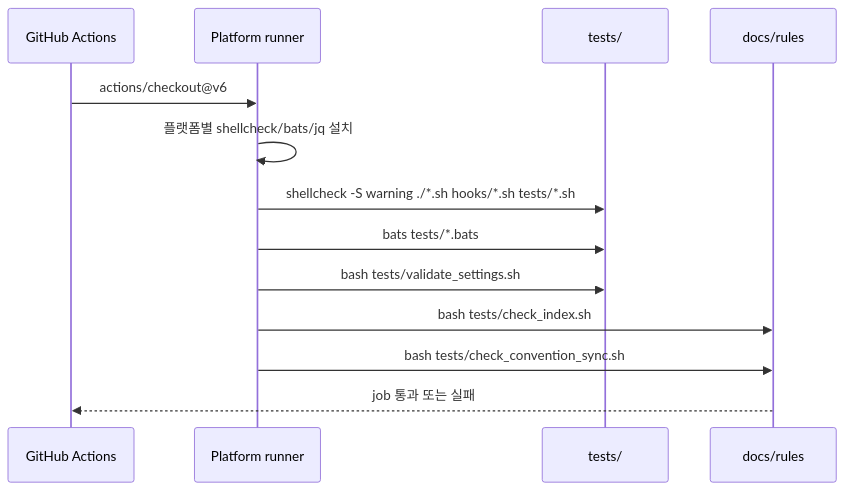
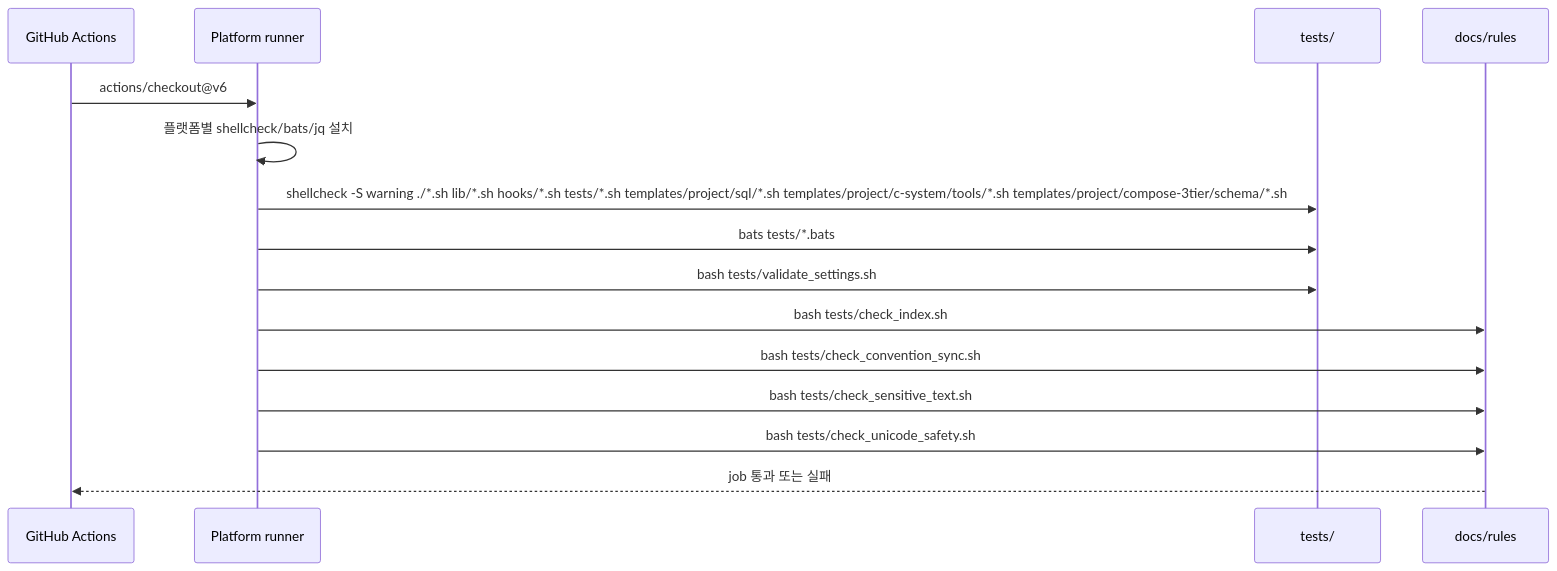
The third of 10 diagrams in docs/CI.md (jomarusoup/Arachne), drawn with Mermaid before and after one commit. The commit also changed other lines of this file and 69 other files, not shown here.

First line of the commit message:
docs: W6 문서·지시 파일 최신화와 구조 다이어그램 보강

````diff
--- a/docs/CI.md
+++ b/docs/CI.md
@@ -101,16 +103,18 @@
 ```mermaid
 sequenceDiagram
     participant G as GitHub Actions
     participant P as Platform runner
     participant T as tests/
     participant D as docs/rules
 
     G->>P: actions/checkout@v6
     P->>P: 플랫폼별 shellcheck/bats/jq 설치
-    P->>T: shellcheck -S warning ./*.sh hooks/*.sh tests/*.sh
+    P->>T: shellcheck -S warning ./*.sh lib/*.sh hooks/*.sh tests/*.sh templates/project/sql/*.sh templates/project/c-system/tools/*.sh templates/project/compose-3tier/schema/*.sh
     P->>T: bats tests/*.bats
     P->>T: bash tests/validate_settings.sh
     P->>D: bash tests/check_index.sh
     P->>D: bash tests/check_convention_sync.sh
+    P->>D: bash tests/check_sensitive_text.sh
+    P->>D: bash tests/check_unicode_safety.sh
     D-->>G: job 통과 또는 실패
 ```
````
